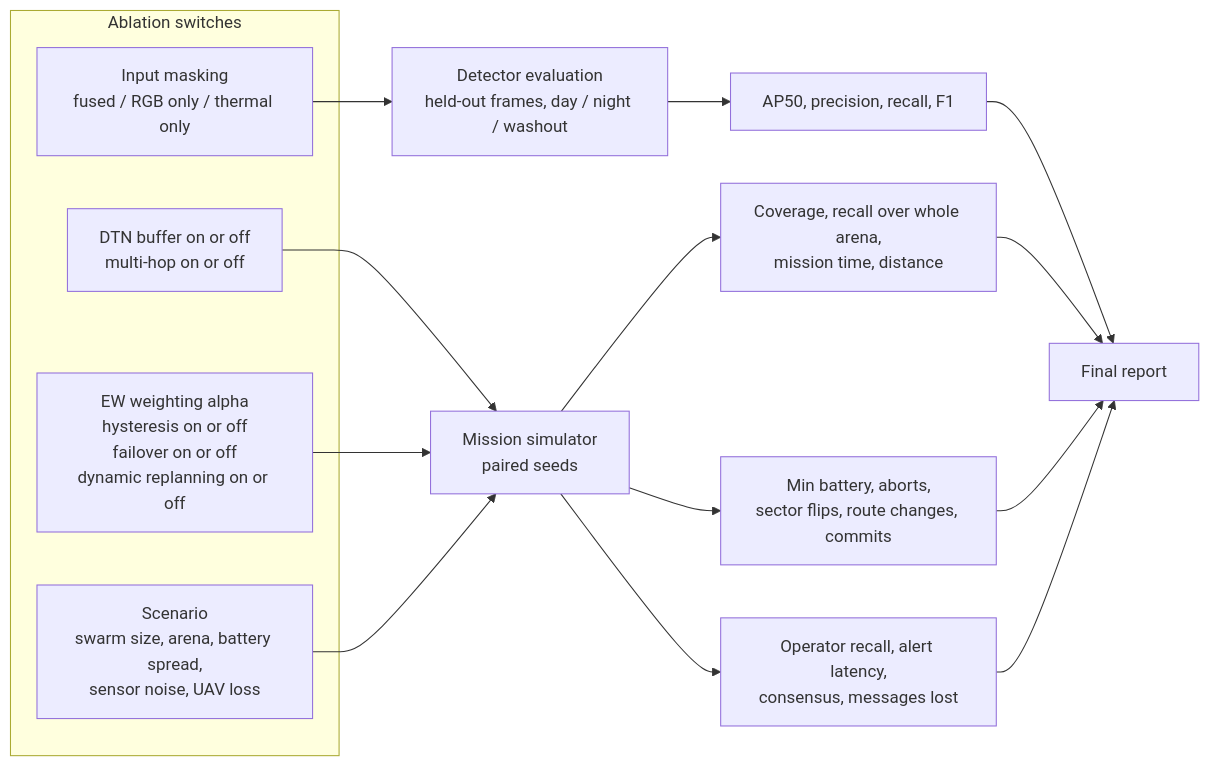
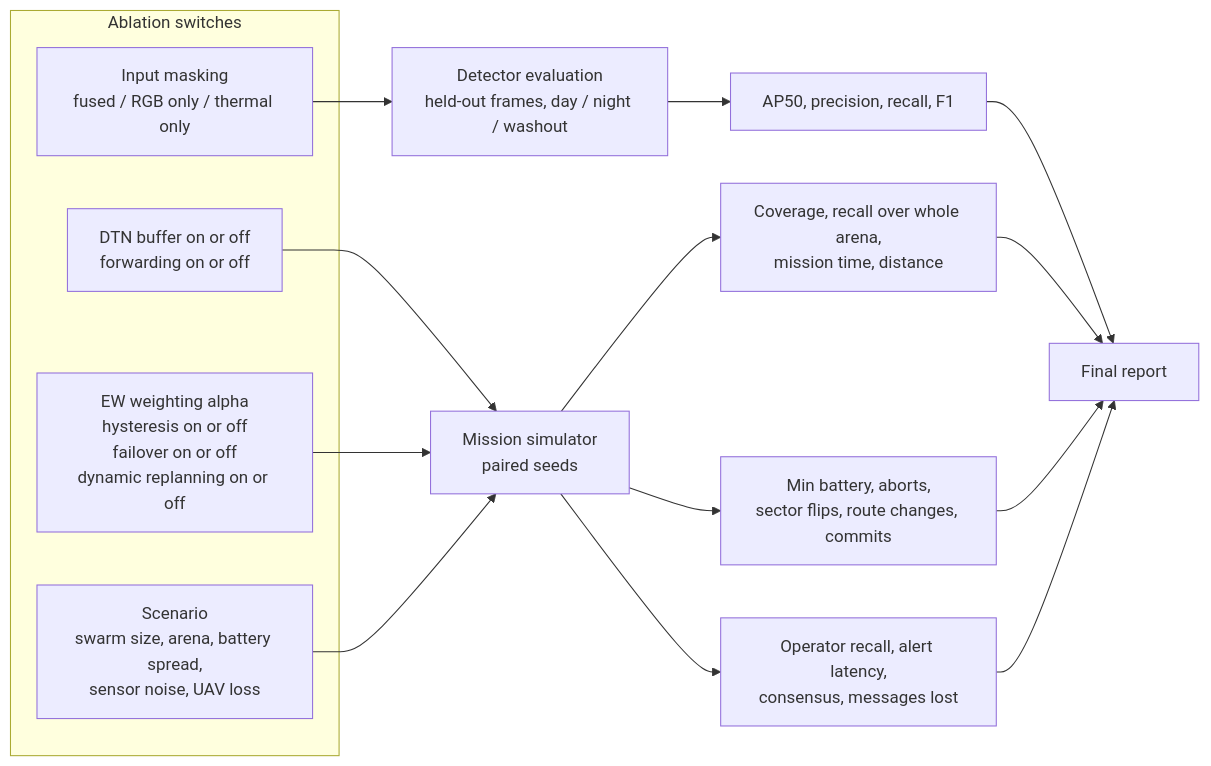
The ninth of 9 diagrams in docs/ARCHITECTURE_PROPOSAL.md (CodeWithDevesh/FlyNetSim), drawn with Mermaid before and after one commit. The commit also changed other lines of this file and 17 other files, not shown here.

````diff
--- a/docs/ARCHITECTURE_PROPOSAL.md
+++ b/docs/ARCHITECTURE_PROPOSAL.md
@@ -273,24 +278,24 @@
 ```mermaid
 flowchart LR
   subgraph KNOBS["Ablation switches"]
     K1["Input masking<br/>fused / RGB only / thermal only"]
-    K2["DTN buffer on or off<br/>multi-hop on or off"]
+    K2["DTN buffer on or off<br/>forwarding on or off"]
     K3["EW weighting alpha<br/>hysteresis on or off<br/>failover on or off<br/>dynamic replanning on or off"]
     SC["Scenario<br/>swarm size, arena, battery spread,<br/>sensor noise, UAV loss"]
   end
 
   K1 --> EVAL["Detector evaluation<br/>held-out frames, day / night / washout"]
   K2 --> SIMX["Mission simulator<br/>paired seeds"]
   K3 --> SIMX
   SC --> SIMX
 
   EVAL --> M1["AP50, precision, recall, F1"]
   SIMX --> M2["Coverage, recall over whole arena,<br/>mission time, distance"]
   SIMX --> M3["Min battery, aborts,<br/>sector flips, route changes, commits"]
   SIMX --> M4["Operator recall, alert latency,<br/>consensus, messages lost"]
 
   M1 --> REP["Final report"]
   M2 --> REP
   M3 --> REP
   M4 --> REP
 ```
````
